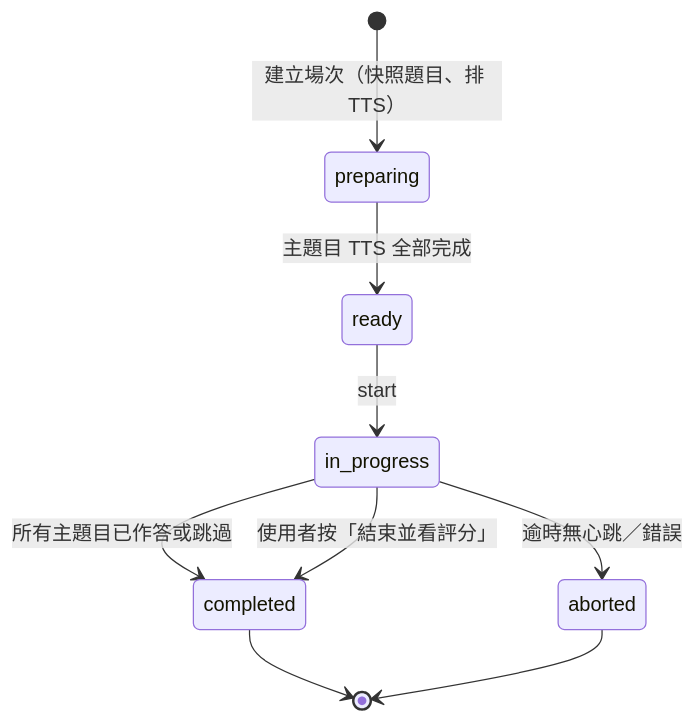
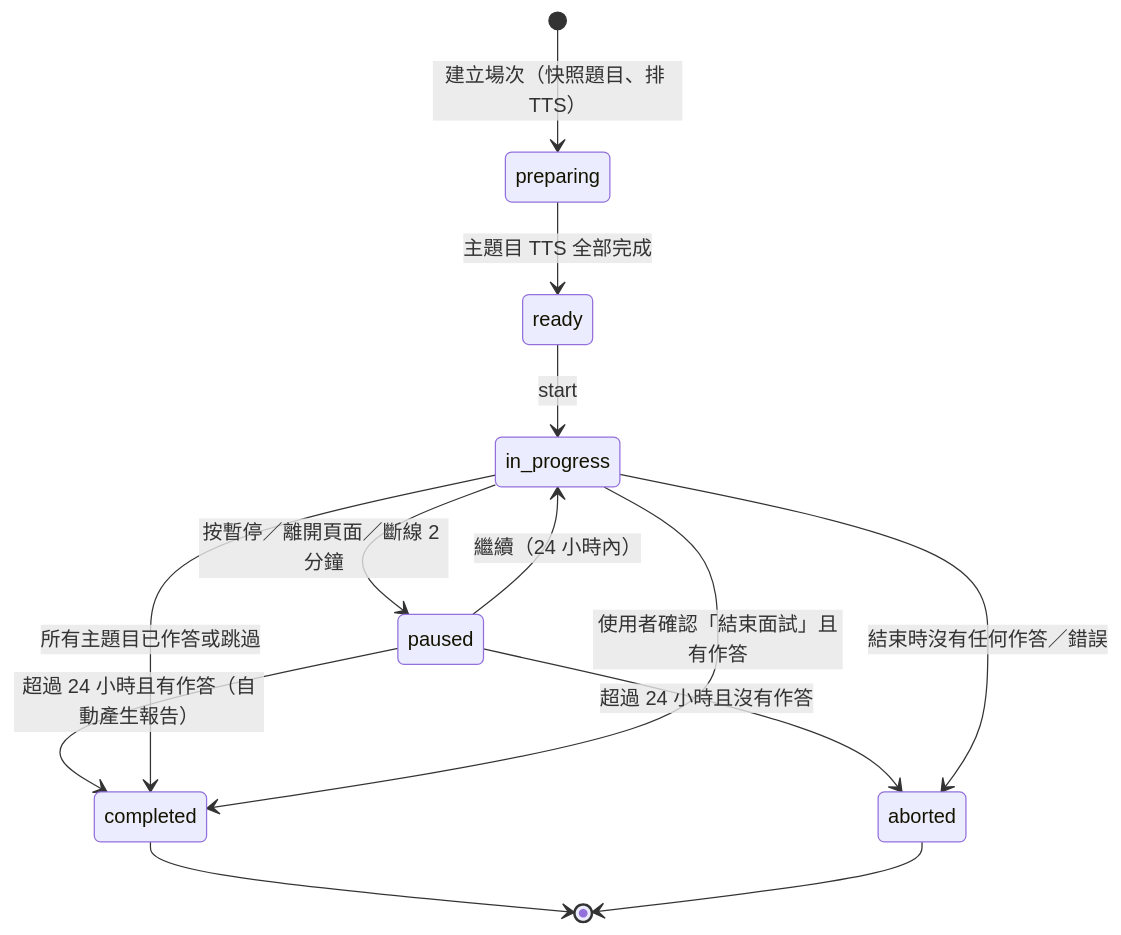
The fourth of 6 diagrams in spec/architecture.md (WilliamTsai1227/AI_Interview), drawn with Mermaid before and after one commit. The commit also changed other lines of this file and 4 other files, not shown here.

````diff
--- a/spec/architecture.md
+++ b/spec/architecture.md
@@ -349,11 +379,15 @@
 ```mermaid
 stateDiagram-v2
     [*] --> preparing: 建立場次（快照題目、排 TTS）
     preparing --> ready: 主題目 TTS 全部完成
     ready --> in_progress: start
+    in_progress --> paused: 按暫停／離開頁面／斷線 2 分鐘
+    paused --> in_progress: 繼續（24 小時內）
+    paused --> completed: 超過 24 小時且有作答（自動產生報告）
+    paused --> aborted: 超過 24 小時且沒有作答
     in_progress --> completed: 所有主題目已作答或跳過
-    in_progress --> completed: 使用者按「結束並看評分」
-    in_progress --> aborted: 逾時無心跳／錯誤
+    in_progress --> completed: 使用者確認「結束面試」且有作答
+    in_progress --> aborted: 結束時沒有任何作答／錯誤
     completed --> [*]
     aborted --> [*]
 ```
````
